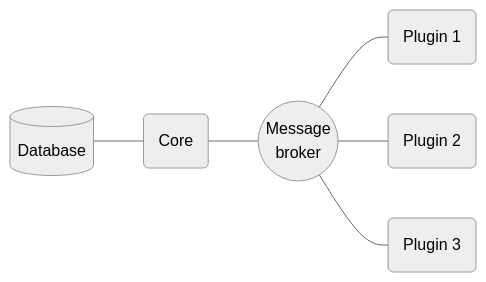
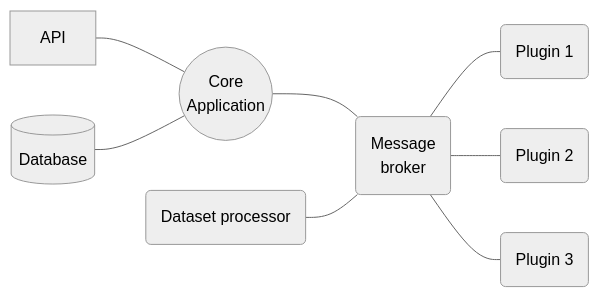
Before and after one commit to prcore/docs: the diagram in content/development/architecture/_index.md, drawn with Mermaid (neutral theme). The commit also changed 1 other file, not shown here.

Commit message:
Site updated K 15 märts 2023 21:22:49 EET ...

```diff
--- a/content/development/architecture/_index.md
+++ b/content/development/architecture/_index.md
@@ -8,8 +8,10 @@
 {{< mermaid class="text-center" >}}
 flowchart LR
-    database[(Database)] --- core(Core)
-    core --- message_broker((Message<br/>broker))
+    api[API] --- core
+    database[(Database)] --- core((Core<br/>Application))
+    core --- message_broker(Message<br/>broker)
+    processor(Dataset processor) --- message_broker
     message_broker --- plugin1(Plugin 1)
     message_broker --- plugin2(Plugin 2)
     message_broker --- plugin3(Plugin 3)
 {{< /mermaid >}}
```
